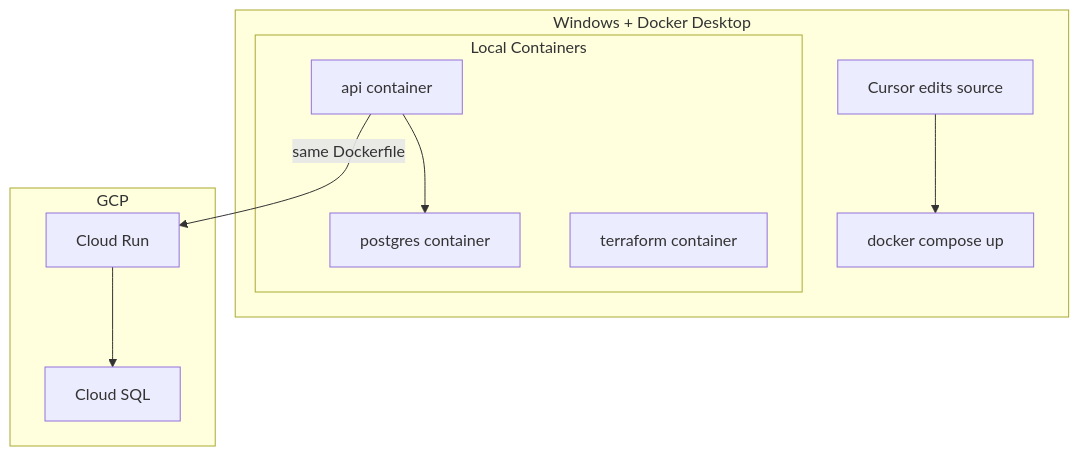
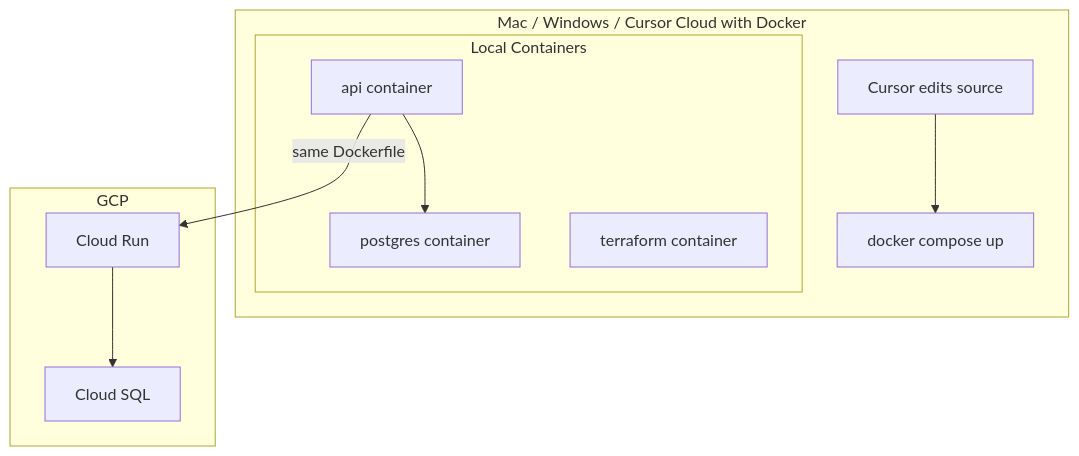
Before and after one commit to samueljoeharris/restaurant_app: the third of 4 diagrams in docs/DESIGN.md, drawn with Mermaid. The commit also changed other lines of this file and 11 other files, not shown here.

````diff
--- a/docs/DESIGN.md
+++ b/docs/DESIGN.md
@@ -409,20 +410,20 @@
 ```mermaid
 flowchart TB
-    subgraph windows [Windows + Docker Desktop]
+    subgraph host [Mac / Windows / Cursor Cloud with Docker]
         Compose[docker compose up]
         subgraph containers [Local Containers]
             API[api container]
             PG[postgres container]
             TF[terraform container]
         end
         Cursor[Cursor edits source]
     end
     subgraph prod [GCP]
         CloudRun[Cloud Run]
         CloudSQL[Cloud SQL]
     end
     Cursor --> Compose
     API --> PG
     API -->|same Dockerfile| CloudRun
     CloudRun --> CloudSQL
 ```
````
